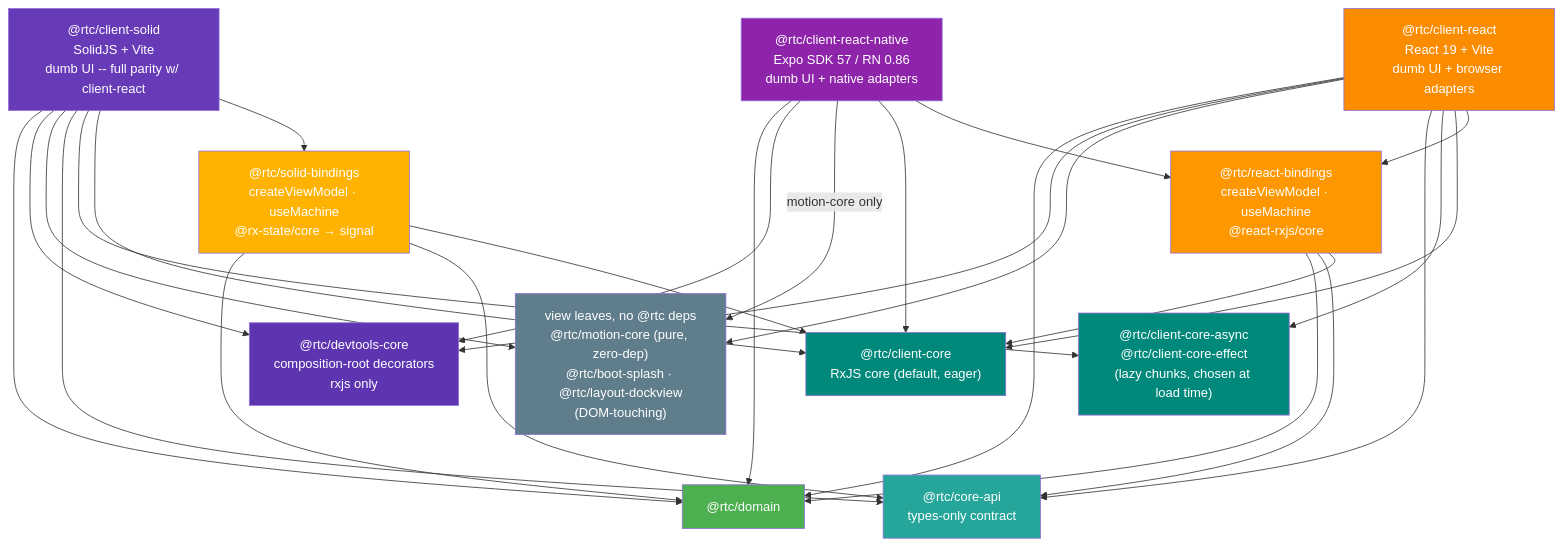
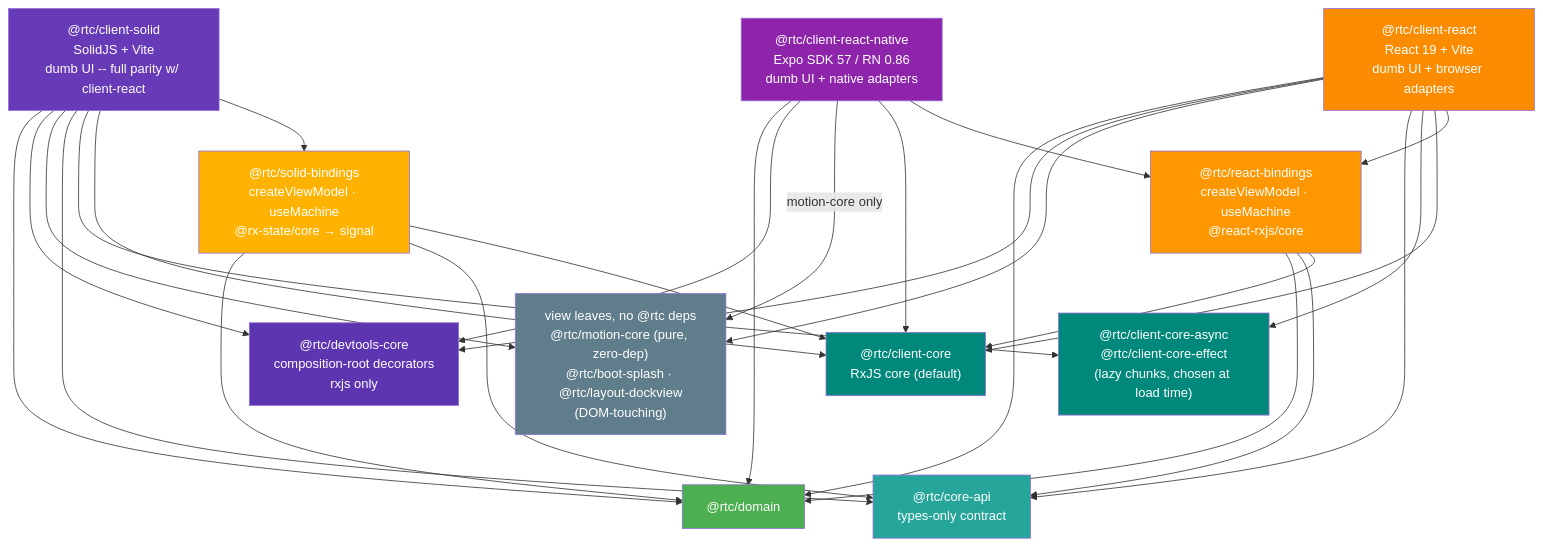
The first of 4 diagrams in docs/architecture/06-package-dependencies.md (bettersoftware-io/ReactiveTraderCloudClone), drawn with Mermaid before and after one commit. The commit also changed other lines of this file and 7 other files, not shown here.

First line of the commit message:
docs(cores): review fixes — stale "RxJS eager" phrases, core.ts comment, rule-4 closure test

````diff
--- a/docs/architecture/06-package-dependencies.md
+++ b/docs/architecture/06-package-dependencies.md
@@ -9,62 +9,62 @@
 ```mermaid
 graph TB
     webc["@rtc/client-react<br/>React 19 + Vite<br/>dumb UI + browser adapters"]
     solidc["@rtc/client-solid<br/>SolidJS + Vite<br/>dumb UI -- full parity w/ client-react"]
     rnc["@rtc/client-react-native<br/>Expo SDK 57 / RN 0.86<br/>dumb UI + native adapters"]
 
     rb["@rtc/react-bindings<br/>createViewModel · useMachine<br/>@react-rxjs/core"]
     sb["@rtc/solid-bindings<br/>createViewModel · useMachine<br/>@rx-state/core → signal"]
 
-    core["@rtc/client-core<br/>RxJS core (default, eager)"]
+    core["@rtc/client-core<br/>RxJS core (default)"]
     alts["@rtc/client-core-async<br/>@rtc/client-core-effect<br/>(lazy chunks, chosen at load time)"]
     api["@rtc/core-api<br/>types-only contract"]
 
     leaves["view leaves, no @rtc deps<br/>@rtc/motion-core (pure, zero-dep)<br/>@rtc/boot-splash · @rtc/layout-dockview<br/>(DOM-touching)"]
     dtcore["@rtc/devtools-core<br/>composition-root decorators<br/>rxjs only"]
     domain["@rtc/domain"]
 
     webc --> rb
     webc --> core
     webc --> alts
     webc --> api
     webc --> leaves
     webc --> dtcore
     webc --> domain
     solidc --> sb
     solidc --> core
     solidc --> alts
     solidc --> api
     solidc --> leaves
     solidc --> dtcore
     solidc --> domain
     rnc --> rb
     rnc --> core
     rnc -->|"motion-core only"| leaves
     rnc --> dtcore
     rnc --> domain
     rb --> core
     rb --> api
     rb --> domain
     sb --> core
     sb --> api
     sb --> domain
 
     %% Invisible rank constraints -- keep each rank to four boxes (tall, not wide)
     rb ~~~ alts
     sb ~~~ leaves
     sb ~~~ dtcore
     core ~~~ api
     core ~~~ domain
 
     style webc fill:#FB8C00,color:#fff
     style solidc fill:#673AB7,color:#fff
     style rnc fill:#8E24AA,color:#fff
     style rb fill:#FF9800,color:#fff
     style sb fill:#FFB300,color:#fff
     style core fill:#00897B,color:#fff
     style alts fill:#00897B,color:#fff
     style api fill:#26A69A,color:#fff
     style leaves fill:#607D8B,color:#fff
     style dtcore fill:#5E35B1,color:#fff
     style domain fill:#4CAF50,color:#fff
 ```
````
